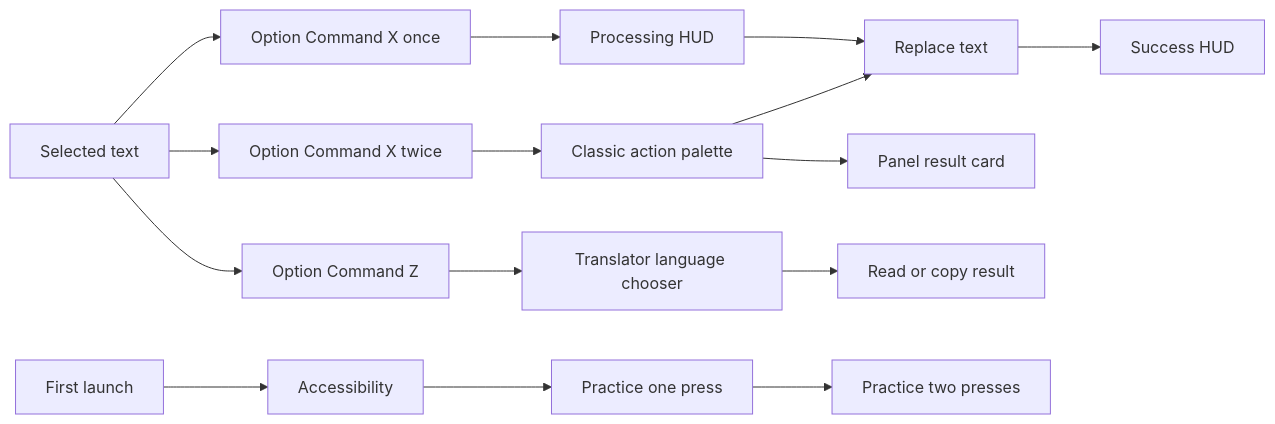
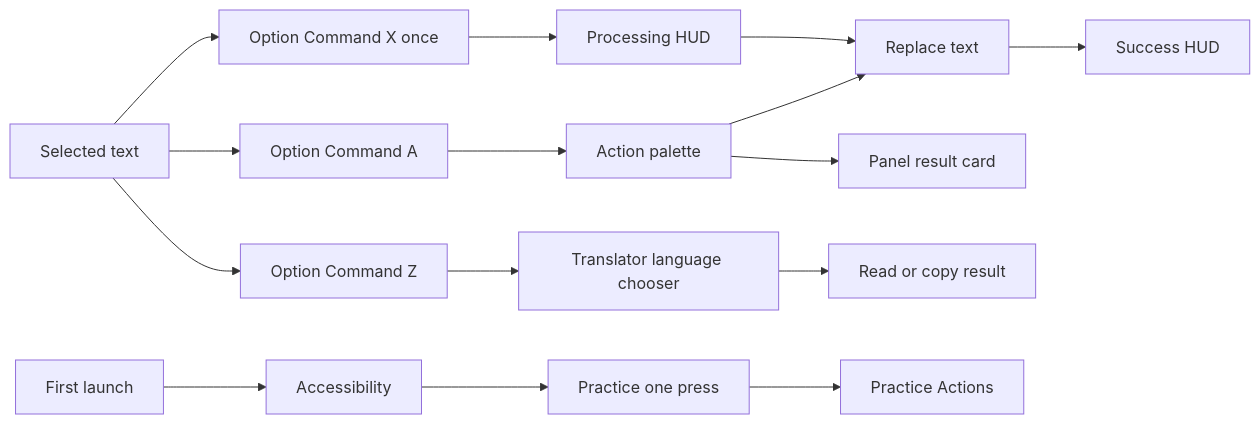
One commit to sudo-Lev/kiroshi-app changed the diagram in docs/QWIXIT_DESIGN_BLUEPRINT.md. Above: the diagram before and after it, drawn with Mermaid. The commit also changed other lines of this file and 23 other files, not shown here.

````diff
--- a/docs/QWIXIT_DESIGN_BLUEPRINT.md
+++ b/docs/QWIXIT_DESIGN_BLUEPRINT.md
@@ -51,17 +51,17 @@
 ```mermaid
 flowchart LR
     S[Selected text] --> X1[Option Command X once]
-    S --> X2[Option Command X twice]
+    S --> A1[Option Command A]
     S --> Z[Option Command Z]
     X1 --> H[Processing HUD]
     H --> R[Replace text]
     R --> OK[Success HUD]
-    X2 --> P[Classic action palette]
+    A1 --> P[Action palette]
     P --> R
     P --> RC[Panel result card]
     Z --> PK[Translator language chooser]
     PK --> PR[Read or copy result]
     A[First launch] --> OA[Accessibility]
     OA --> O1[Practice one press]
-    O1 --> O2[Practice two presses]
+    O1 --> O2[Practice Actions]
 ```
````
